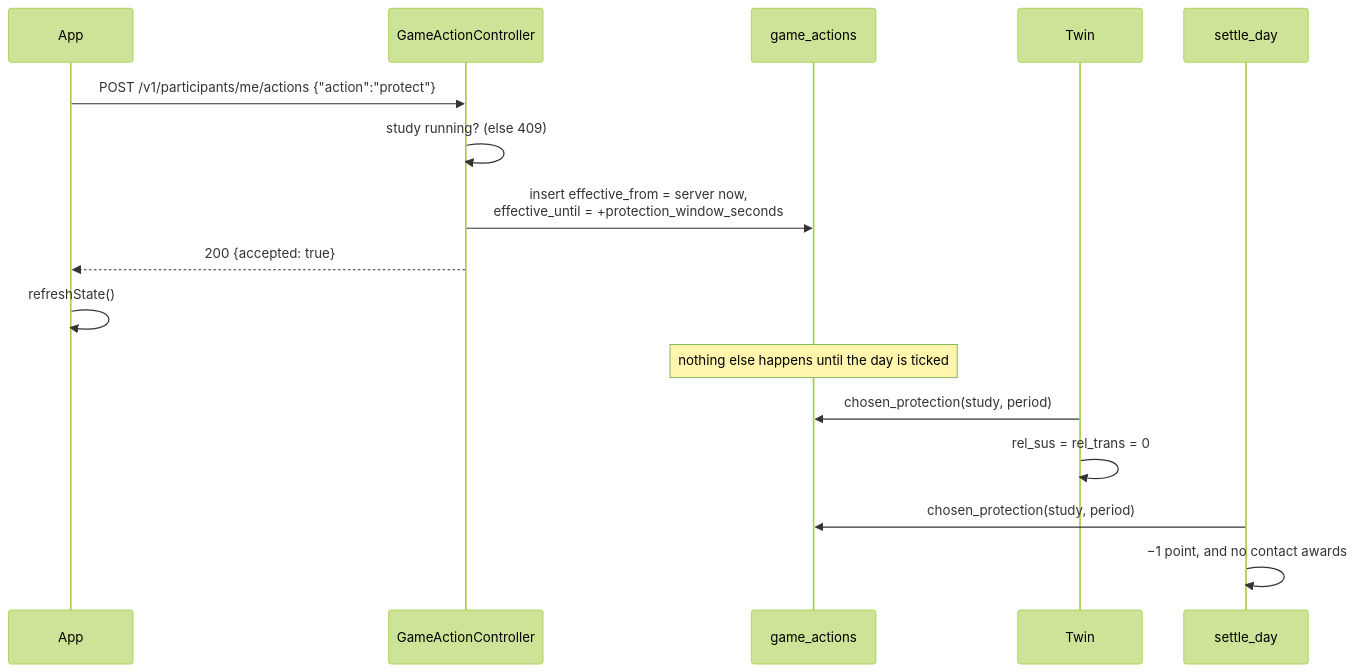
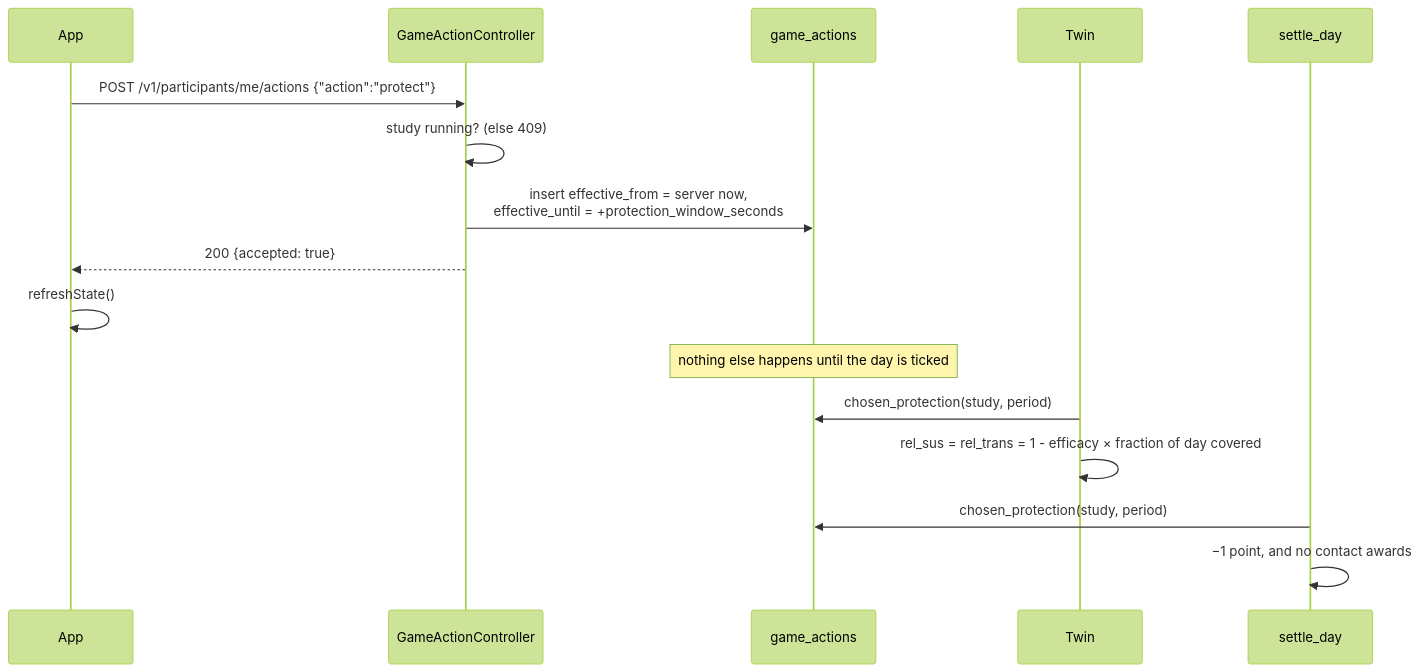
One commit to colabobio/epidemica changed the third of 3 diagrams in docs/concepts/epigame.md. Above: the diagram before and after it, drawn with Mermaid (forest theme). The commit also changed other lines of this file and 6 other files, not shown here.

````diff
--- a/docs/concepts/epigame.md
+++ b/docs/concepts/epigame.md
@@ -426,18 +427,18 @@
 ```mermaid
 sequenceDiagram
   participant App
   participant API as GameActionController
   participant DB as game_actions
   participant Twin
   participant Score as settle_day
   App->>API: POST /v1/participants/me/actions {"action":"protect"}
   API->>API: study running? (else 409)
   API->>DB: insert effective_from = server now,<br/>effective_until = +protection_window_seconds
   API-->>App: 200 {accepted: true}
   App->>App: refreshState()
   Note over DB: nothing else happens until the day is ticked
   Twin->>DB: chosen_protection(study, period)
-  Twin->>Twin: rel_sus = rel_trans = 0
+  Twin->>Twin: rel_sus = rel_trans = 1 - efficacy × fraction of day covered
   Score->>DB: chosen_protection(study, period)
   Score->>Score: −1 point, and no contact awards
 ```
````
